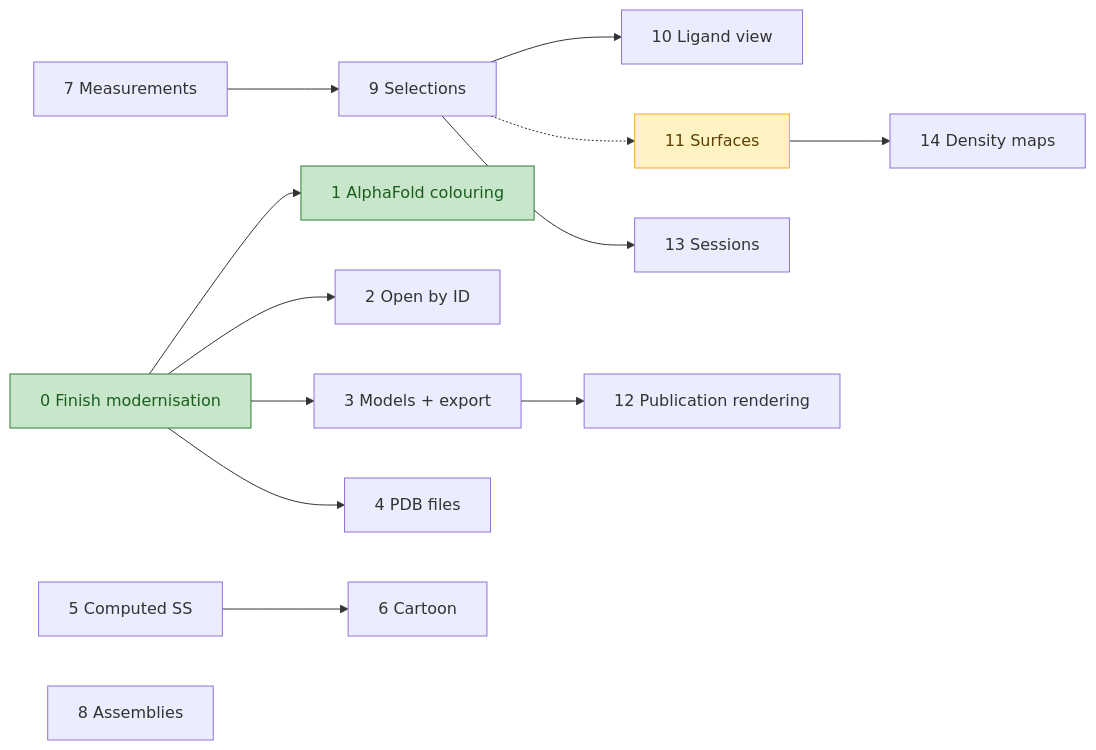
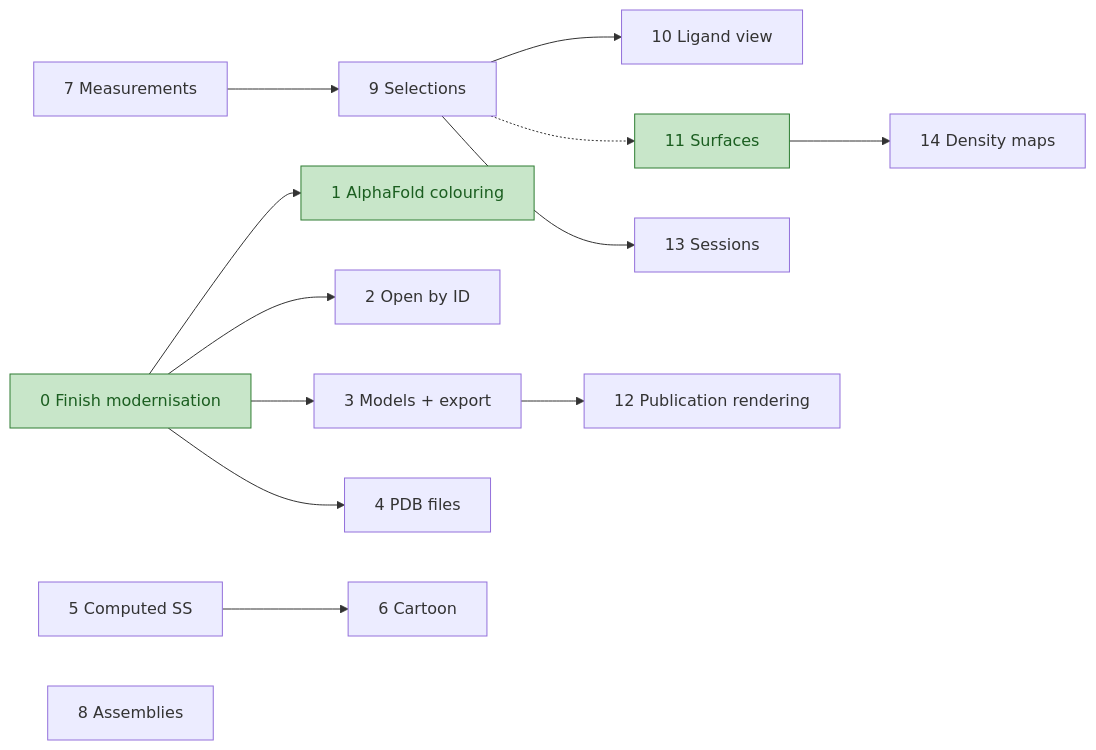
Before and after one commit to PorridgeBear/jmvs: the diagram in docs/roadmap.md, drawn with Mermaid. The commit also changed other lines of this file, not shown here.

Commit message:
docs: Mark roadmap slice 11 (molecular surfaces) done

````diff
--- a/docs/roadmap.md
+++ b/docs/roadmap.md
@@ -37,20 +37,19 @@
 ```mermaid
 flowchart LR
     S0[0 Finish modernisation] --> S1[1 AlphaFold colouring]
     S0 --> S2[2 Open by ID]
     S0 --> S3[3 Models + export]
     S0 --> S4[4 PDB files]
     S5[5 Computed SS] --> S6[6 Cartoon]
     S7[7 Measurements] --> S9[9 Selections]
     S9 --> S10[10 Ligand view]
     S9 -.-> S11[11 Surfaces]
     S9 --> S13[13 Sessions]
     S3 --> S12[12 Publication rendering]
     S11 --> S14[14 Density maps]
     S8[8 Assemblies]
 
     classDef done fill:#c8e6c9,stroke:#2e7d32,color:#1b5e20
     classDef inProgress fill:#fff3c4,stroke:#f9a825,color:#5d4000
-    class S0,S1 done
-    class S11 inProgress
+    class S0,S1,S11 done
 ```
````
